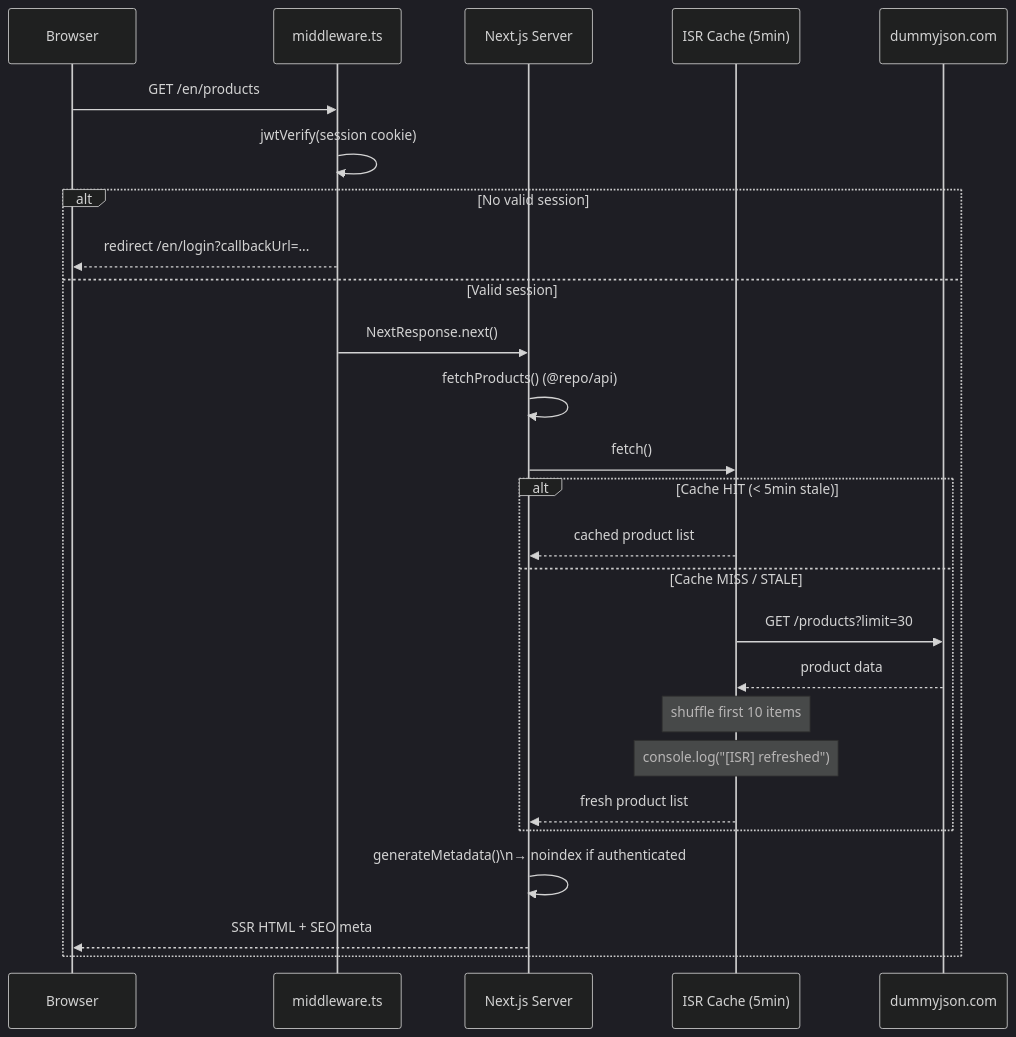
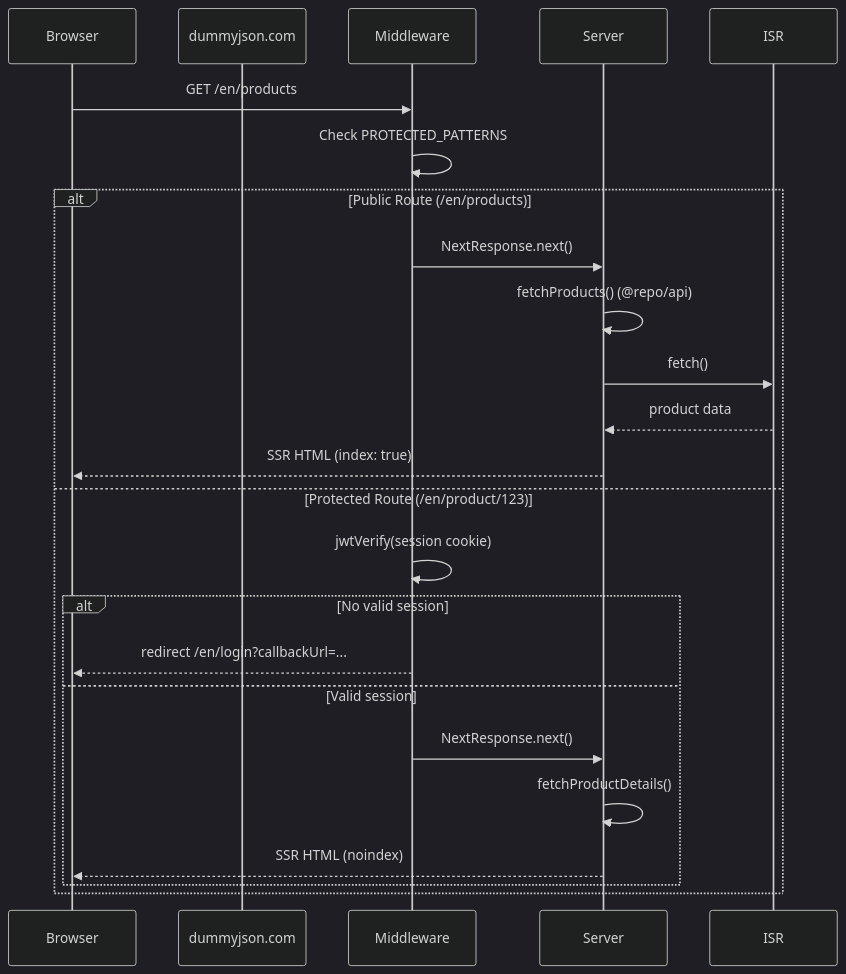
Before and after one commit to javifond/rhino-market-place-home-task: the second of 5 diagrams in ARCHITECTURE.md, drawn with Mermaid (dark theme). The commit also changed other lines of this file and 2 other files, not shown here.

Commit message:
fix(app): Make /products public; update middleware patterns
Remove the /[market]/products pattern from protected routes and update docs to reflect that /products is a public, SSR/ISR-rendered page. Changes:

- apps/project-a/middleware.ts: drop /^\/[a-z]{2}\/products(\/.*)?$/ from PROTECTED_PATTERNS.
- apps/project-b/middleware.ts: same change as above.
- ARCHITECTURE.md: update sequence diagram and flowchart to treat /en/products as a public route (adjust ISR/SSR flow and move jwt check to product detail routes), and remove /[market]/products from protected-route examples.

This allows the products listing to be served without authentication (enabling ISR/SSR caching) while keeping individual product detail routes protected.

````diff
--- a/ARCHITECTURE.md
+++ b/ARCHITECTURE.md
@@ -118,29 +118,24 @@
 ```mermaid
 sequenceDiagram
     participant Browser
-    participant Middleware as middleware.ts
-    participant Server as Next.js Server
-    participant ISR as ISR Cache (5min)
     participant API as dummyjson.com
 
     Browser->>Middleware: GET /en/products
-    Middleware->>Middleware: jwtVerify(session cookie)
-    alt No valid session
-        Middleware-->>Browser: redirect /en/login?callbackUrl=...
-    else Valid session
+    Middleware->>Middleware: Check PROTECTED_PATTERNS
+    alt Public Route (/en/products)
         Middleware->>Server: NextResponse.next()
         Server->>Server: fetchProducts() (@repo/api)
         Server->>ISR: fetch()
-        alt Cache HIT (< 5min stale)
-            ISR-->>Server: cached product list
-        else Cache MISS / STALE
-            ISR->>API: GET /products?limit=30
-            API-->>ISR: product data
-            Note over ISR: shuffle first 10 items
-            Note over ISR: console.log("[ISR] refreshed")
-            ISR-->>Server: fresh product list
+        ISR-->>Server: product data
+        Server-->>Browser: SSR HTML (index: true)
+    else Protected Route (/en/product/123)
+        Middleware->>Middleware: jwtVerify(session cookie)
+        alt No valid session
+            Middleware-->>Browser: redirect /en/login?callbackUrl=...
+        else Valid session
+            Middleware->>Server: NextResponse.next()
+            Server->>Server: fetchProductDetails()
+            Server-->>Browser: SSR HTML (noindex)
         end
-        Server->>Server: generateMetadata()\n→ noindex if authenticated
-        Server-->>Browser: SSR HTML + SEO meta
     end
 ```
````
